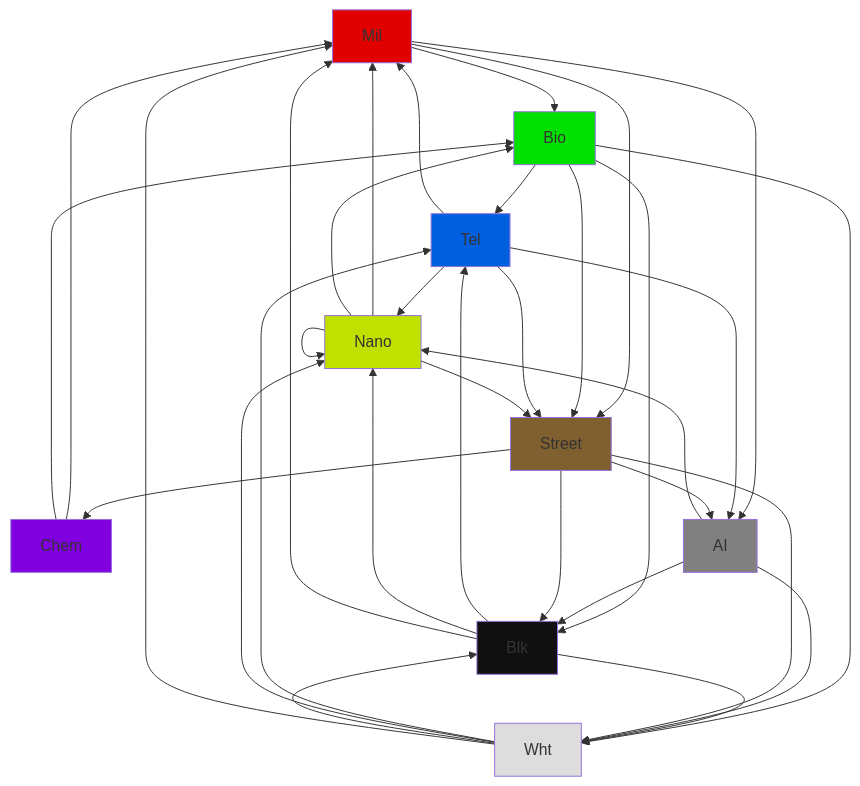
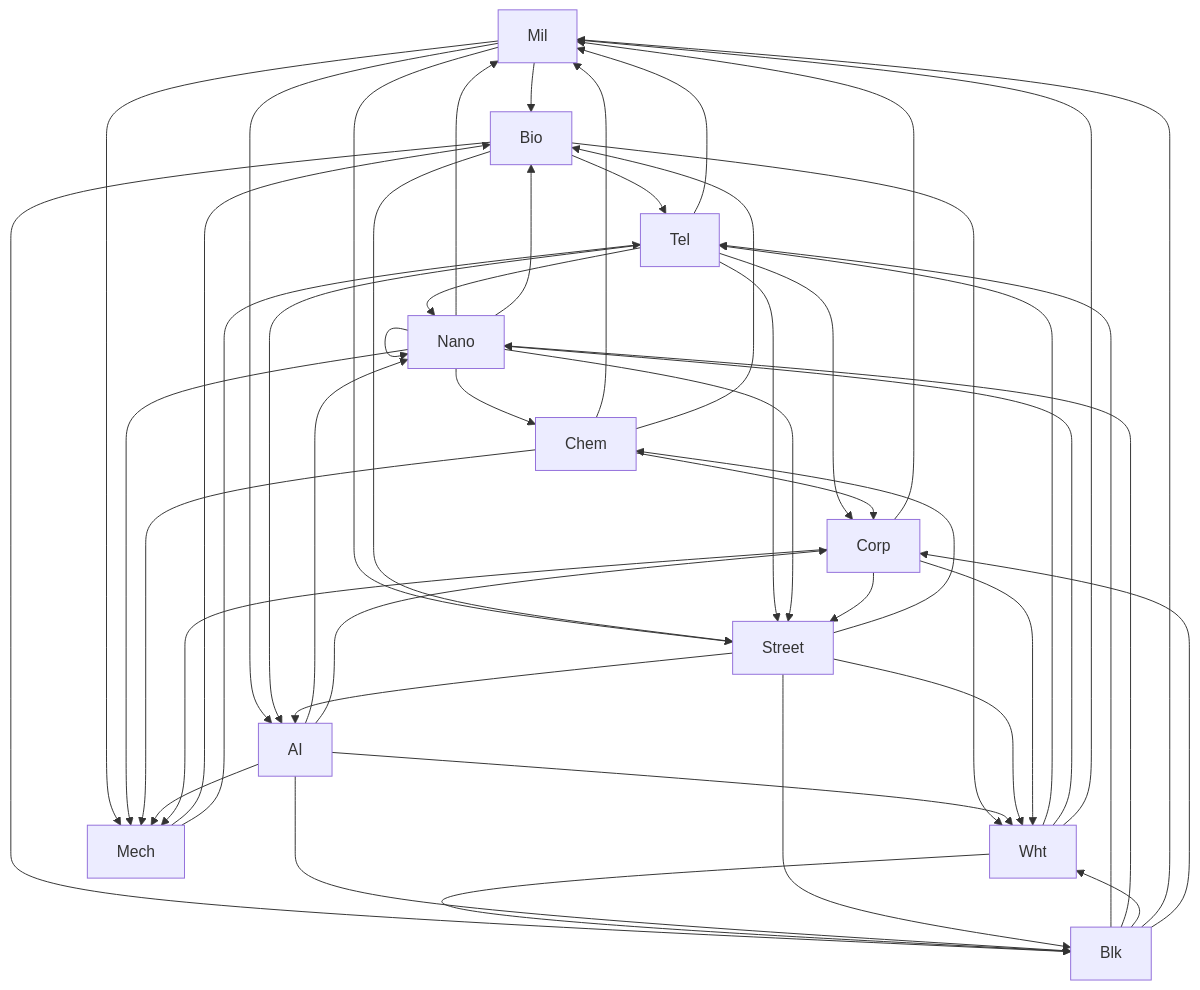
One commit to Mizux/hachi changed the diagram in docs/hachi.md. Above: the diagram before and after it, drawn with Mermaid. The commit also changed other lines of this file and 4 other files, not shown here.

````diff
--- a/docs/hachi.md
+++ b/docs/hachi.md
@@ -15,53 +17,72 @@
 ```mermaid
 flowchart TD
     Mil[Mil]
     Bio[Bio]
     Tel[Tel]
     Nano[Nano]
     Chem[Chem]
     Blk[Blk]
     Wht[Wht]
     AI[AI]
     Street[Street]
+    Corp[Corp]
+    Mech[Mech]
     Mil --> Bio
     Mil --> AI
     Mil --> Street
+    Mil --> Mech
     Bio --> Tel
     Bio --> Blk
     Bio --> Wht
     Bio --> Street
     Tel --> Mil
     Tel --> Nano
     Tel --> AI
     Tel --> Street
+    Tel --> Corp
     Nano --> Mil
     Nano --> Bio
     Nano --> Nano
+    Nano --> Chem
     Nano --> Street
+    Nano --> Mech
     Chem --> Mil
     Chem --> Bio
+    Chem --> Corp
+    Chem --> Mech
     Blk --> Tel
     Blk --> Nano
     Blk --> Wht
     Blk --> Mil
+    Blk --> Corp
     Wht --> Tel
     Wht --> Nano
     Wht --> Blk
     Wht --> Mil
     AI --> Nano
     AI --> Blk
     AI --> Wht
+    AI --> Corp
+    AI --> Mech
     Street --> Chem
     Street --> Blk
     Street --> Wht
     Street --> AI
-    style Mil fill:#E00000
-    style Bio fill:#00E000
-    style Tel fill:#0060E0
-    style Nano fill:#C0E000
-    style Chem fill:#8000E0
-    style Blk fill:#101010
-    style Wht fill:#DDDDDD
-    style AI fill:#808080
-    style Street fill:#806030
+    Corp --> Mil
+    Corp --> Wht
+    Corp --> Street
+    Corp --> Mech
+    Mech --> Bio
+    Mech --> Tel
+    style Mil color:#,fill:E
+    style Bio color:#,fill:0
+    style Tel color:#,fill:0
+    style Nano color:#,fill:C
+    style Chem color:#,fill:8
+    style Blk color:#,fill:1
+    style Wht color:#,fill:D
+    style AI color:#,fill:8
+    style Street color:#,fill:8
+    style Corp color:#,fill:E
+    style Mech color:#,fill:4
 ```
````
